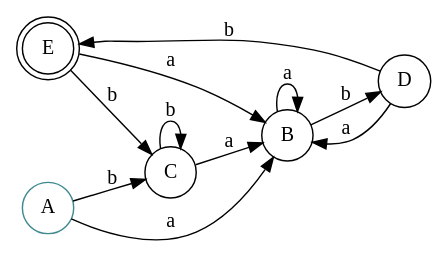
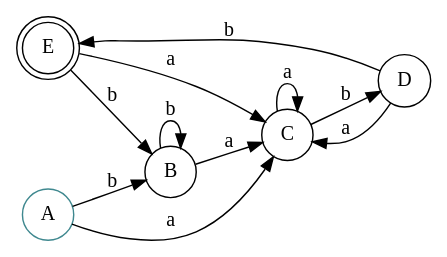
Before and after one commit to josepablito16/Regex-Engine: the diagram in Entrega final/NFD_Actual.gv, drawn with Graphviz. The commit also changed 5 other files, not shown here.

```diff
--- a/Entrega final/NFD_Actual.gv
+++ b/Entrega final/NFD_Actual.gv
@@ -1,17 +1,17 @@
 digraph finite_state_machine {
 	rankdir=LR size="8,5"
 	node [shape=doublecircle]
 	E
 	node [shape=circle]
 	A [color="#3F888F"]
-	A -> B [label=a]
-	A -> C [label=b]
-	B -> B [label=a]
-	B -> D [label=b]
-	C -> B [label=a]
-	C -> C [label=b]
-	D -> B [label=a]
+	A -> B [label=b]
+	A -> C [label=a]
+	B -> B [label=b]
+	B -> C [label=a]
+	C -> D [label=b]
+	C -> C [label=a]
 	D -> E [label=b]
-	E -> B [label=a]
-	E -> C [label=b]
+	D -> C [label=a]
+	E -> B [label=b]
+	E -> C [label=a]
 }
```
